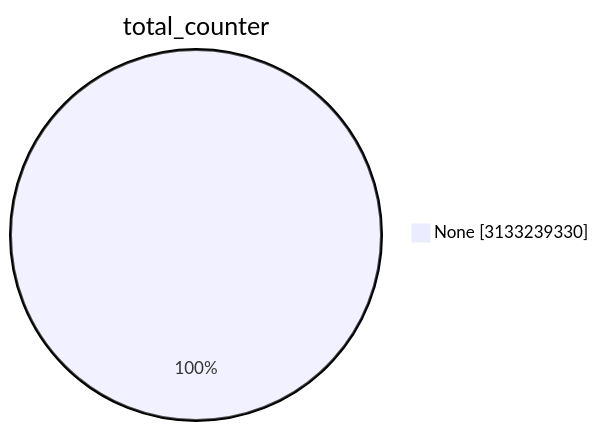
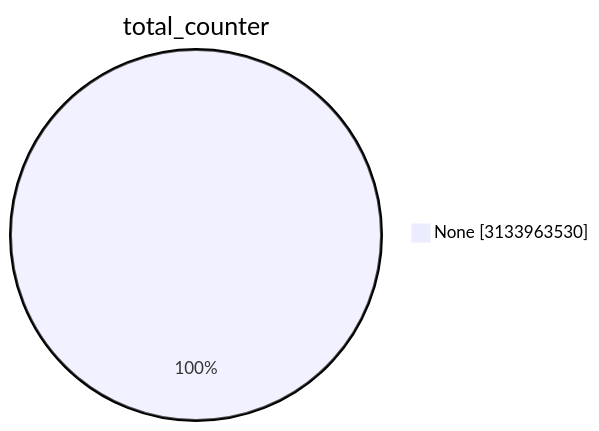
Before and after one commit to christiankrug/ctmonitor_visualization: the first of 15 diagrams in TOTAL/README.md, drawn with Mermaid. The commit also changed other lines of this file, not shown here.

````diff
--- a/TOTAL/README.md
+++ b/TOTAL/README.md
@@ -1,5 +1,5 @@
 ```mermaid
 pie showData
 title total_counter
-"None" :3133239330
+"None" :3133963530
 ```
````
